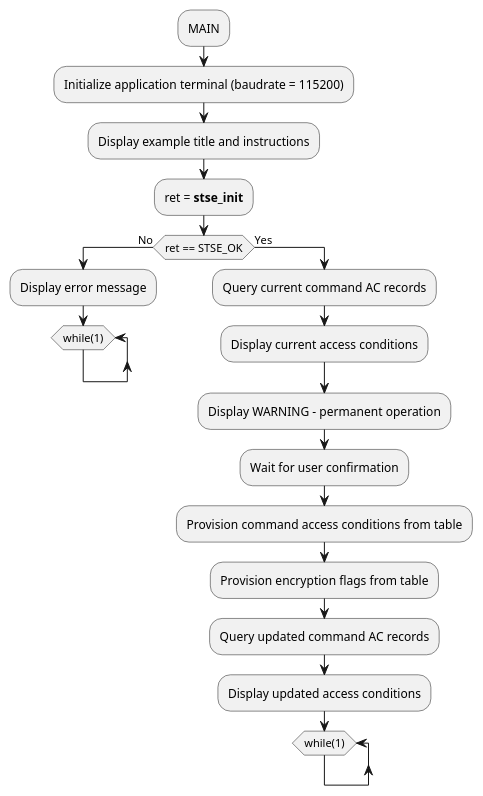
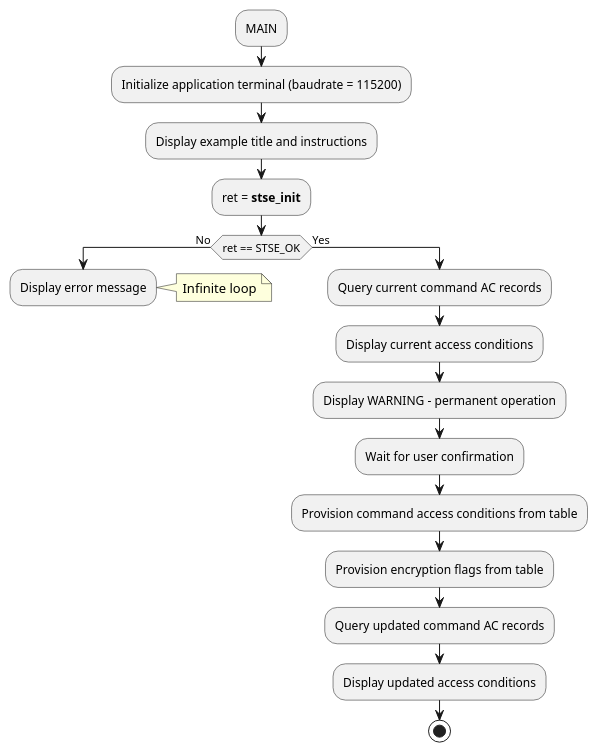
Before and after one commit to Grom-perso/STSAFE-A120_examples_dev: the diagram in Documentation/resources/Markdown/03_Project_examples_description/Command_AC_provisioning/STSAFE-A120_Command_AC_provisioning.md, drawn with PlantUML. The commit also changed other lines of this file and 23 other files, not shown here.

```diff
--- a/Documentation/resources/Markdown/03_Project_examples_description/Command_AC_provisioning/STSAFE-A120_Command_AC_provisioning.md
+++ b/Documentation/resources/Markdown/03_Project_examples_description/Command_AC_provisioning/STSAFE-A120_Command_AC_provisioning.md
@@ -11,26 +13,22 @@
 @startuml{Command_AC_provisioning_flowchart.png} "Command AC Provisioning flowchart" width=5cm
 	:MAIN;
 	:Initialize application terminal (baudrate = 115200);
 	:Display example title and instructions;
 	:ret = <b>stse_init</b>;
 	if(ret == STSE_OK) then (No)
 	:Display error message;
-	while (while(1))
-	end while
+	note right: Infinite loop
 	-[hidden]->
 	detach
 	else (Yes)
 	:Query current command AC records;
 	:Display current access conditions;
 	:Display WARNING - permanent operation;
 	:Wait for user confirmation;
 	:Provision command access conditions from table;
 	:Provision encryption flags from table;
 	:Query updated command AC records;
 	:Display updated access conditions;
-	while (while(1))
-	end while
-	-[hidden]->
-	detach
+	stop
 	endif
 @enduml
```
